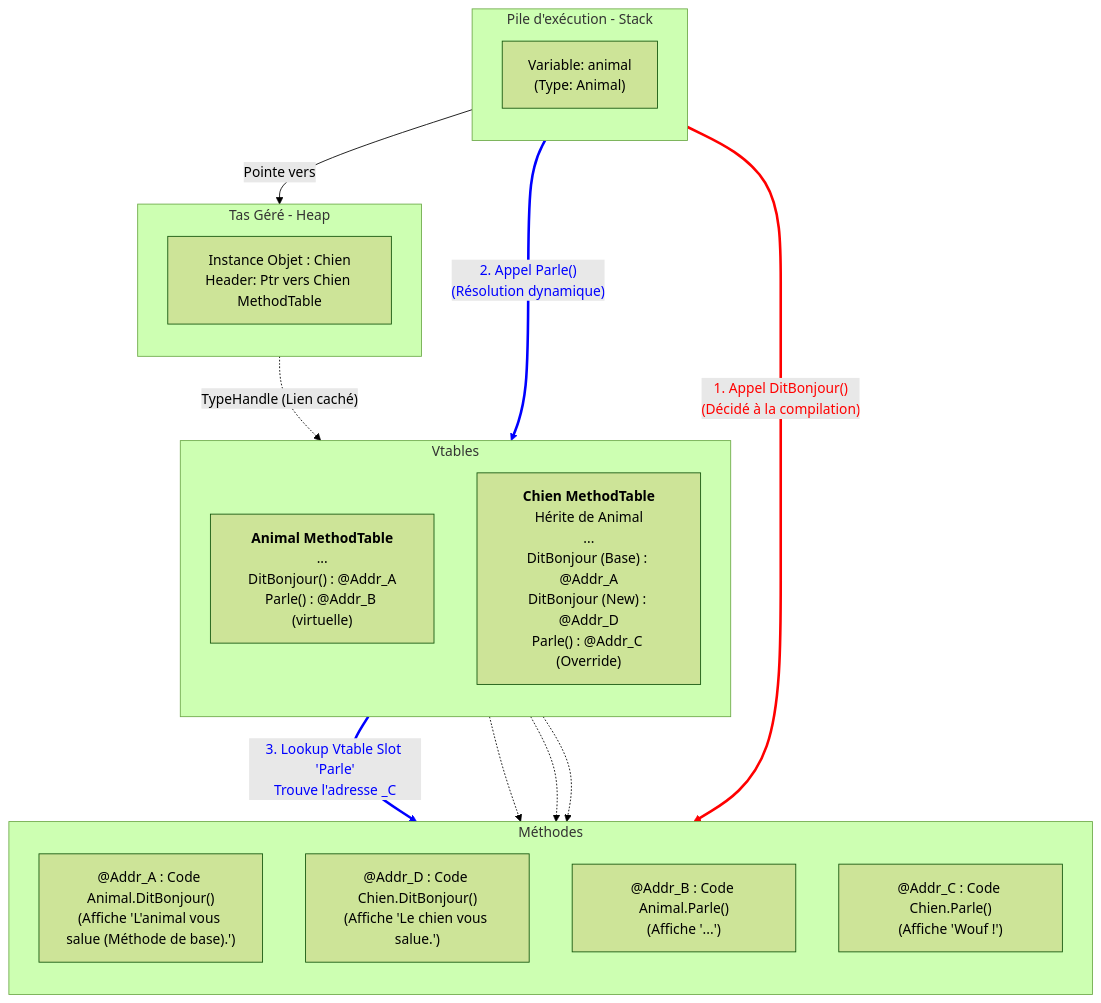
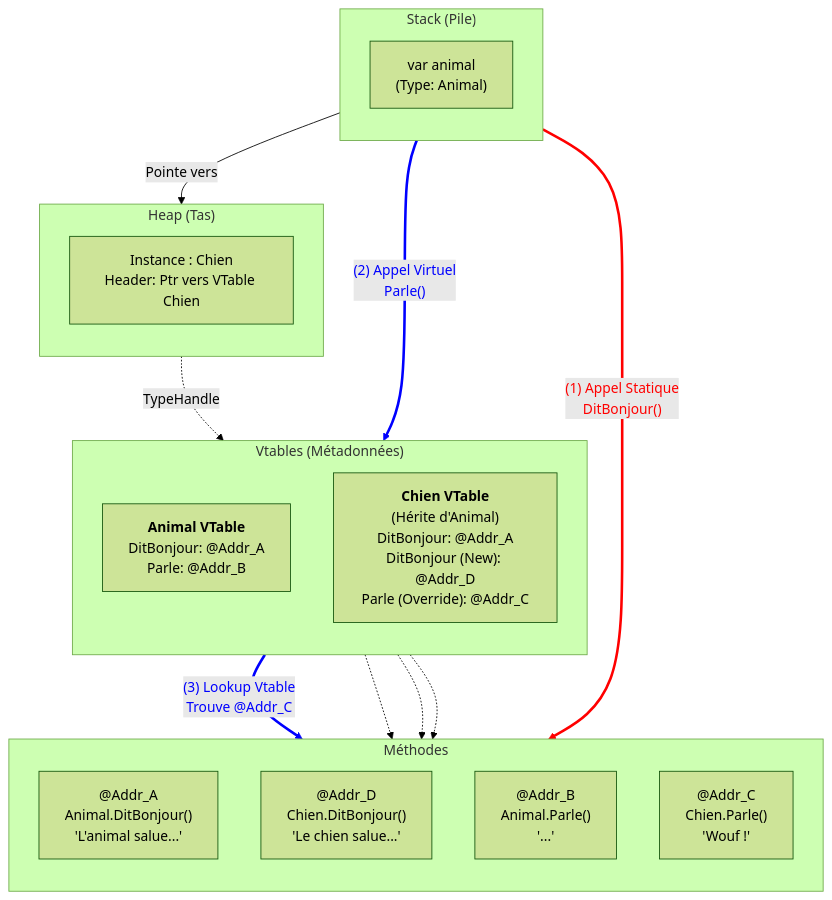
The diagram in content/programmation/polymorphisme/_index.md (Yanal-Yves/blog), drawn with Mermaid (forest theme) before and after one commit.

Commit message:
Programmation - polymorphisme - wip

````diff
--- a/content/programmation/polymorphisme/_index.md
+++ b/content/programmation/polymorphisme/_index.md
@@ -128,52 +128,61 @@
 ```mermaid
 flowchart TD
     %% --- PILE ---
-    subgraph STACK ["Pile d'exécution - Stack"]
+    subgraph STACK ["Stack (Pile)"]
         direction TB
-        varRef["Variable: animal<br/>(Type: Animal)"]
+        varRef["var animal<br/>(Type: Animal)"]
     end
 
     %% --- TAS ---
-    subgraph HEAP [Tas Géré - Heap]
+    subgraph HEAP ["Heap (Tas)"]
         direction TB
-        objChien["Instance Objet : Chien<br/>Header: Ptr vers Chien MethodTable"]
+        objChien["Instance : Chien<br/>Header: Ptr vers VTable Chien"]
     end
 
     %% --- METADONNEES ---
-    subgraph METADATA ["Vtables"]
+    subgraph METADATA ["Vtables (Métadonnées)"]
         direction TB
-        mtAnimal["<b>Animal MethodTable</b><br/>...<br/>DitBonjour() : @Addr_A<br/>Parle() : @Addr_B (virtuelle)"]
+        mtAnimal["<b>Animal VTable</b><br/>DitBonjour: @Addr_A<br/>Parle: @Addr_B"]
         
-        mtChien["<b>Chien MethodTable</b><br/>Hérite de Animal<br/>...<br/>DitBonjour (Base) : @Addr_A<br/>DitBonjour (New) : @Addr_D<br/>Parle() : @Addr_C (Override)"]
+        mtChien["<b>Chien VTable</b><br/>(Hérite d'Animal)<br/>DitBonjour: @Addr_A<br/>DitBonjour (New): @Addr_D<br/>Parle (Override): @Addr_C"]
     end
 
     %% --- CODE ---
     subgraph CODE ["Méthodes"]
         direction TB
-        codeAnimal["@Addr_A : Code Animal.DitBonjour()<br/>(Affiche 'L'animal vous salue (Méthode de base).')"]
-        codeChienNew["@Addr_D : Code Chien.DitBonjour()<br/>(Affiche 'Le chien vous salue.')"]
-        codeAnimalBase["@Addr_B : Code Animal.Parle()<br/>(Affiche '...')"]
-        codeChien["@Addr_C : Code Chien.Parle()<br/>(Affiche 'Wouf !')"]
+        codeAnimal["@Addr_A<br/>Animal.DitBonjour()<br/>'L'animal salue...'"]
+        codeChienNew["@Addr_D<br/>Chien.DitBonjour()<br/>'Le chien salue...'"]
+        codeAnimalBase["@Addr_B<br/>Animal.Parle()<br/>'...'"]
+        codeChien["@Addr_C<br/>Chien.Parle()<br/>'Wouf !'"]
     end
 
     %% --- RELATIONS ---
+    %% L'ordre de déclaration définit les index pour linkStyle (0, 1, 2...)
 
-    %% 1. Structure mémoire
+    %% 0. Lien var -> objet
     varRef -- "Pointe vers" --> objChien
-    objChien -. "TypeHandle (Lien caché)" .-> mtChien
+    
+    %% 1. Lien objet -> vtable
+    objChien -. "TypeHandle" .-> mtChien
 
-    %% 2. CAS 1 : NON VIRTUEL (Rouge)
-    varRef -- "1. Appel DitBonjour()<br/>(Décidé à la compilation)" --> codeAnimal
-    linkStyle 2 stroke:red,stroke-width:3px,color:red;
+    %% 2. CAS ROUGE (Index 2)
+    varRef -- "(1) Appel Statique<br/>DitBonjour()" --> codeAnimal
 
-    %% 3. CAS 2 : VIRTUEL (Bleu)
-    varRef -- "2. Appel Parle()<br/>(Résolution dynamique)" --> mtChien
-    mtChien -- "3. Lookup Vtable Slot 'Parle'<br/>Trouve l'adresse _C" --> codeChien
-    linkStyle 3 stroke:blue,stroke-width:3px,color:blue;
-    linkStyle 4 stroke:blue,stroke-width:3px,color:blue;
+    %% 3. CAS BLEU PARTIE 1 (Index 3)
+    varRef -- "(2) Appel Virtuel<br/>Parle()" --> mtChien
 
-    %% 4. Liens structurels (Pointillés) - Pour montrer qui définit quoi
+    %% 4. CAS BLEU PARTIE 2 (Index 4)
+    mtChien -- "(3) Lookup Vtable<br/>Trouve @Addr_C" --> codeChien
+
+    %% Liens structurels (gris)
     mtChien -.-> codeChienNew
     mtAnimal -.-> codeAnimal
     mtAnimal -.-> codeAnimalBase
+
+    %% STYLES
+    %% Rouge pour l'appel statique (Index 2)
+    linkStyle 2 stroke:red,stroke-width:3px,color:red;
+    
+    %% Bleu pour le chemin dynamique (Index 3 et 4)
+    linkStyle 3,4 stroke:blue,stroke-width:3px,color:blue;
 ```
````
